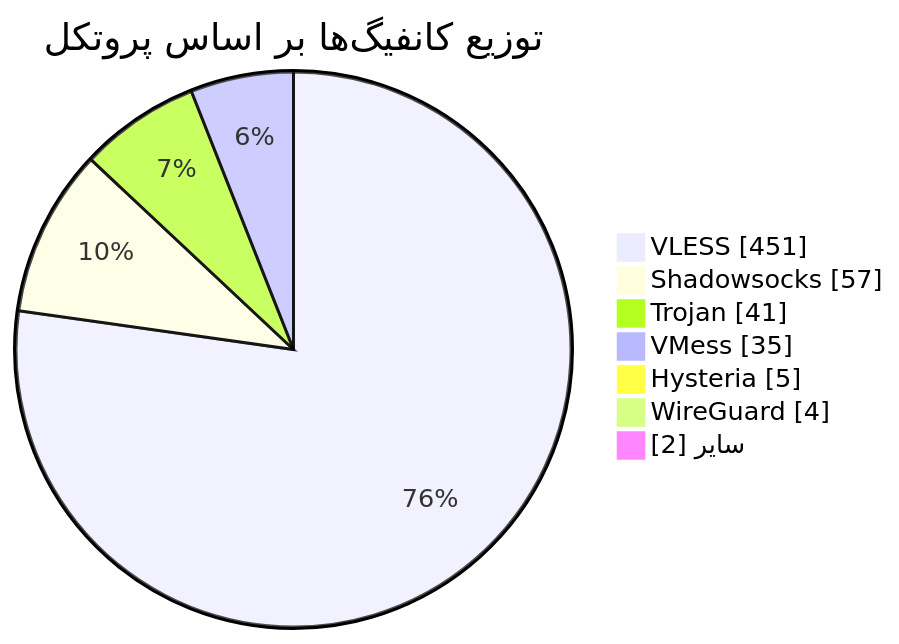
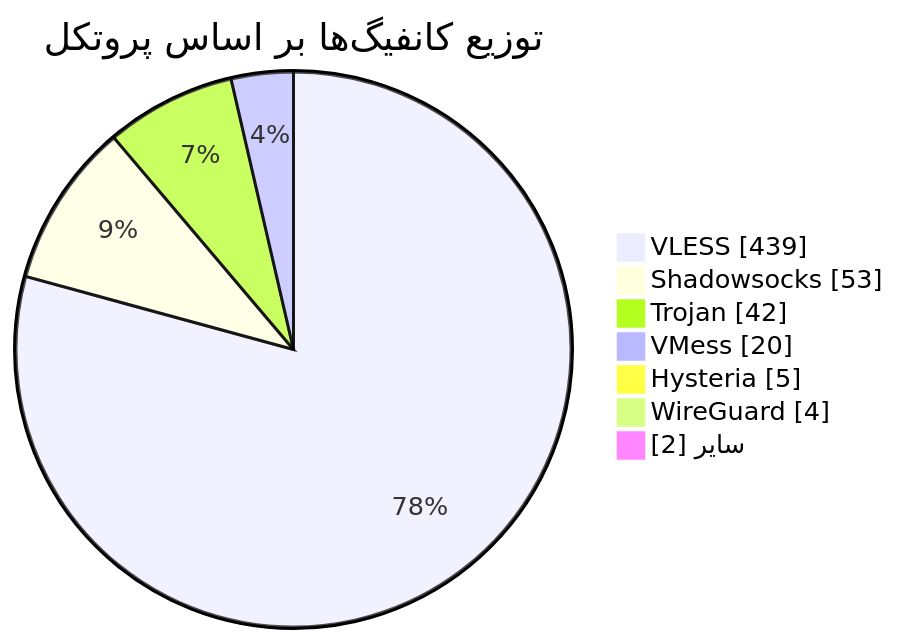
Before and after one commit to Arian-Alijani/Somthing: the diagram in README.md, drawn with Mermaid. The commit also changed other lines of this file and 19 other files, not shown here.

````diff
--- a/README.md
+++ b/README.md
@@ -49,11 +49,11 @@
 ```mermaid
 pie showData
     title توزیع کانفیگ‌ها بر اساس پروتکل
-    "VLESS" : 451
-    "Shadowsocks" : 57
-    "Trojan" : 41
-    "VMess" : 35
+    "VLESS" : 439
+    "Shadowsocks" : 53
+    "Trojan" : 42
+    "VMess" : 20
     "Hysteria" : 5
     "WireGuard" : 4
     "سایر" : 2
 ```
````
